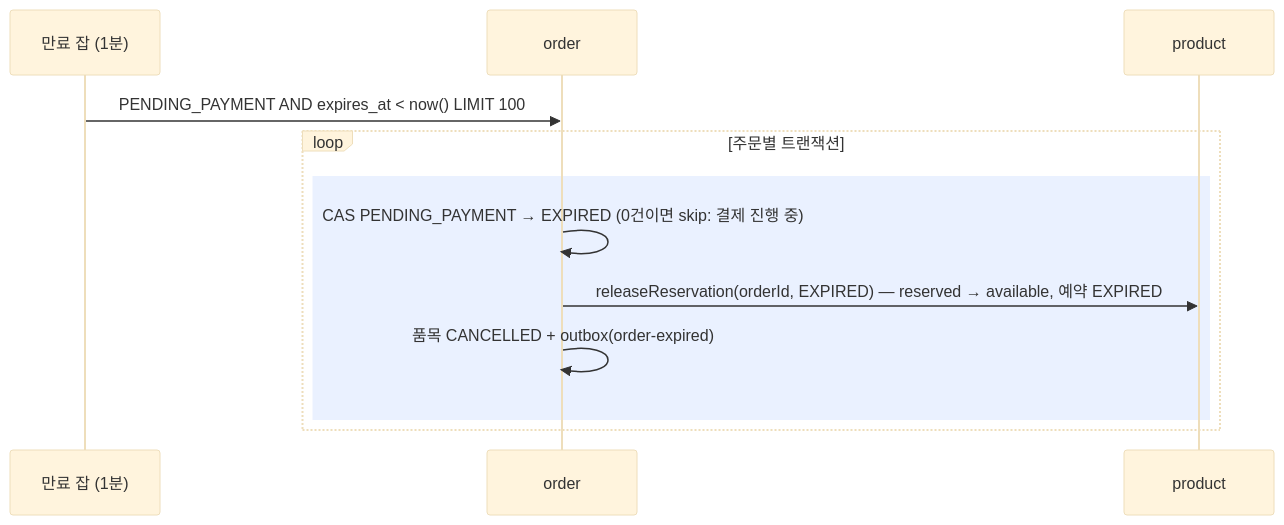
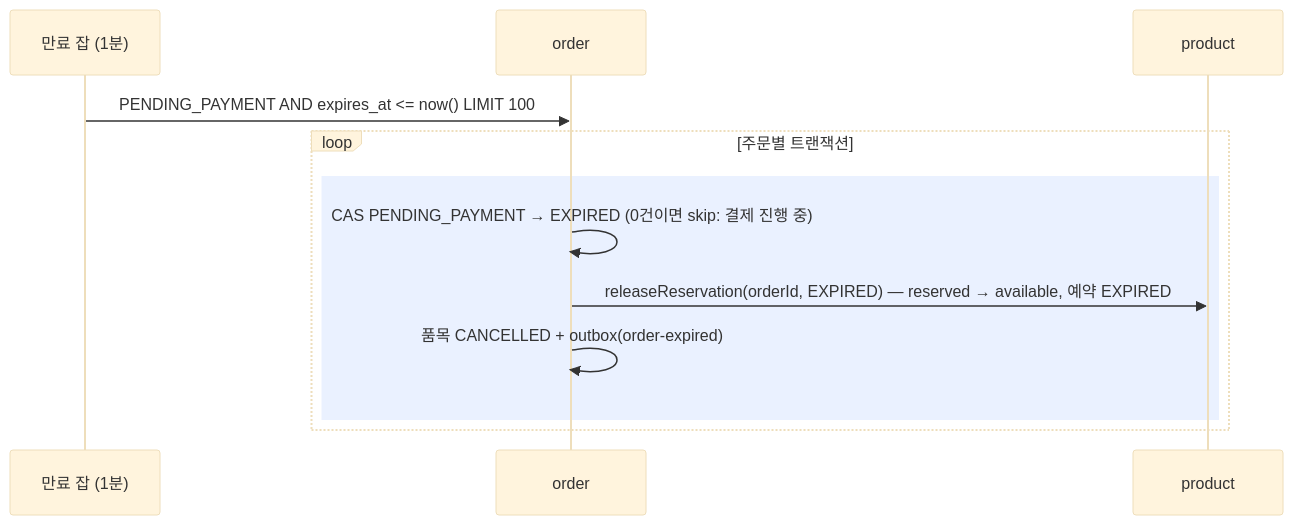
Before and after one commit to 95twan/myroutine-v2: the fourth of 10 diagrams in docs/02-design/06-sequences.md, drawn with Mermaid (base theme). The commit also changed other lines of this file and 15 other files, not shown here.

````diff
--- a/docs/02-design/06-sequences.md
+++ b/docs/02-design/06-sequences.md
@@ -108,14 +109,14 @@
 ```mermaid
 sequenceDiagram
   participant J as 만료 잡 (1분)
   participant O as order
   participant PR as product
-  J->>O: PENDING_PAYMENT AND expires_at < now() LIMIT 100
+  J->>O: PENDING_PAYMENT AND expires_at <= now() LIMIT 100
   loop 주문별 트랜잭션
     rect rgba(80,140,255,0.12)
       O->>O: CAS PENDING_PAYMENT → EXPIRED (0건이면 skip: 결제 진행 중)
       O->>PR: releaseReservation(orderId, EXPIRED) — reserved → available, 예약 EXPIRED
       O->>O: 품목 CANCELLED + outbox(order-expired)
     end
   end
 ```
````
